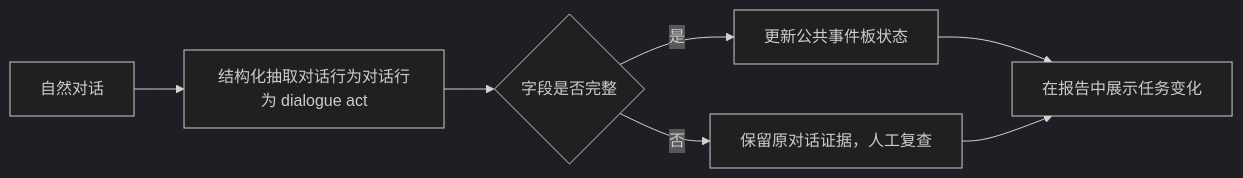
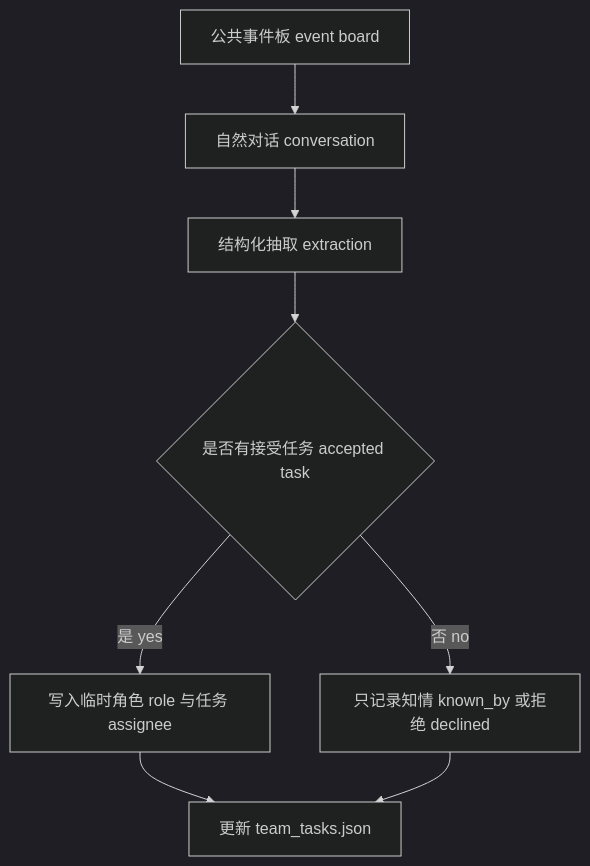
Before and after one commit to tbkken/GenerativeAgentsCN: the third of 3 diagrams in docs/book/manuscript/part_05/chapter_35.md, drawn with Mermaid (dark theme). The commit also changed other lines of this file and 18 other files, not shown here.

````diff
--- a/docs/book/manuscript/part_05/chapter_35.md
+++ b/docs/book/manuscript/part_05/chapter_35.md
@@ -418,9 +237,10 @@
 ```mermaid
-flowchart LR
-    Chat["自然对话"] --> Extract["结构化抽取对话行为对话行为 dialogue act"]
-    Extract --> Check{"字段是否完整"}
-    Check -->|是| Update["更新公共事件板状态"]
-    Check -->|否| Review["保留原对话证据，人工复查"]
-    Update --> Audit["在报告中展示任务变化"]
-    Review --> Audit
+flowchart TD
+    E["公共事件板 event board"] --> D["自然对话 conversation"]
+    D --> X["结构化抽取 extraction"]
+    X --> A{"是否有接受任务 accepted task"}
+    A -->|是 yes| R["写入临时角色 role 与任务 assignee"]
+    A -->|否 no| K["只记录知情 known_by 或拒绝 declined"]
+    R --> B["更新 team_tasks.json"]
+    K --> B
 ```
````
